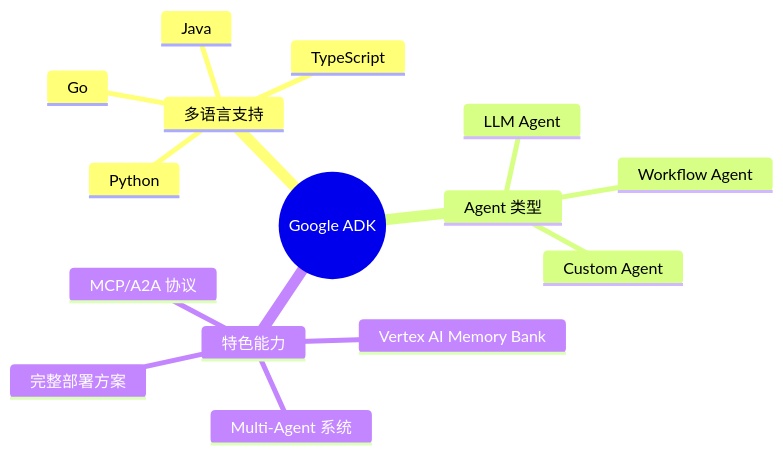
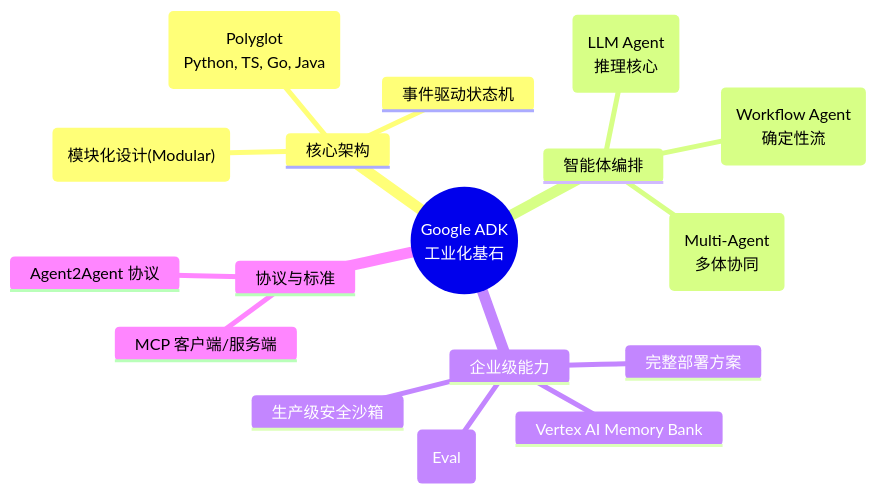
Before and after one commit to ThreeFish-AI/agentic-ai-cognizes: the first of 14 diagrams in docs/research/020-agent-frameworks.md, drawn with Mermaid. The commit also changed other lines of this file, not shown here.

First line of the commit message:
docs(Agent Frameworks): 优化文档表达与可视化呈现

````diff
--- a/docs/research/020-agent-frameworks.md
+++ b/docs/research/020-agent-frameworks.md
@@ -33,18 +39,20 @@
 ```mermaid
 mindmap
-  root((Google ADK))
-    多语言支持
-      Python
-      TypeScript
-      Go
-      Java
-    Agent 类型
-      LLM Agent
-      Workflow Agent
-      Custom Agent
-    特色能力
-      Multi-Agent 系统
+  root((Google ADK<br/>工业化基石))
+    核心架构
+      模块化设计 ("模块化设计(Modular)")
+      多语言运行时 (Polyglot<br/>Python, TS, Go, Java)
+      事件驱动状态机
+    智能体编排
+      LLM Agent (LLM Agent<br/>推理核心)
+      Workflow Agent (Workflow Agent<br/>确定性流)
+      Multi-Agent (Multi-Agent<br/>多体协同)
+    企业级能力
       Vertex AI Memory Bank
-      MCP/A2A 协议
+      完整评估框架 (Eval)
       完整部署方案
+      生产级安全沙箱
+    协议与标准
+      MCP 客户端/服务端
+      Agent2Agent 协议
 ```
````
